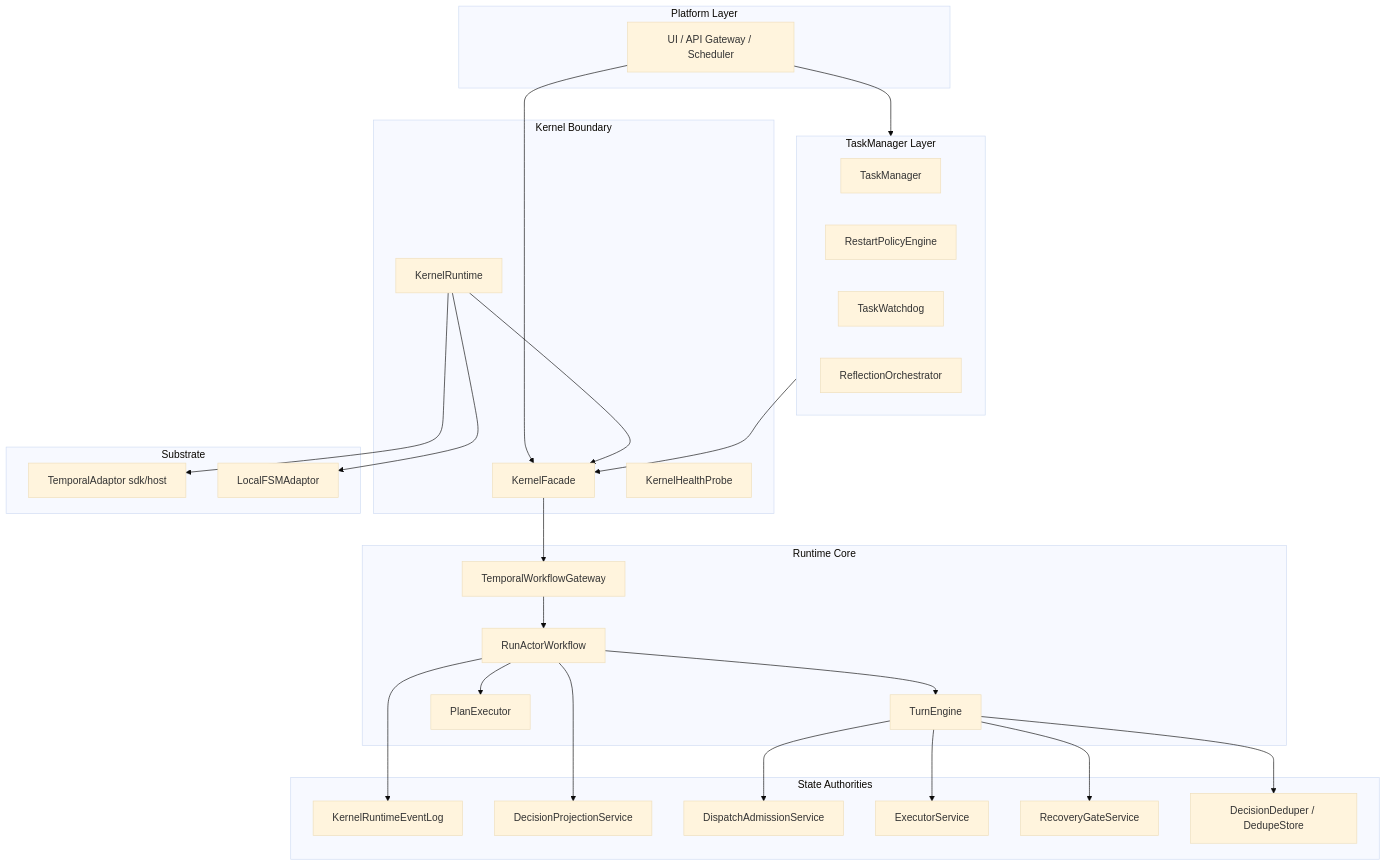
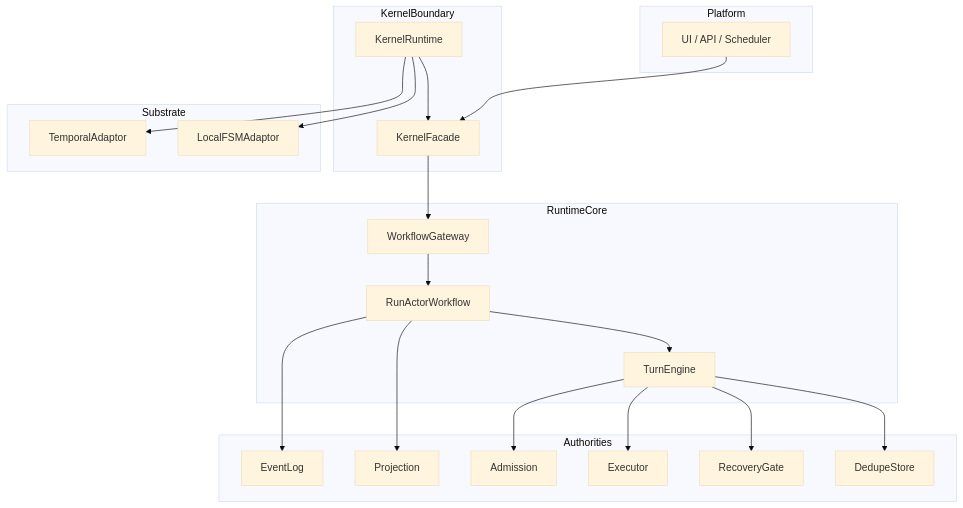
One commit to chaosxingxc-orion/agent-kernel changed the first of 2 diagrams in ARCHITECTURE.md. Above: the diagram before and after it, drawn with Mermaid (base theme). The commit also changed other lines of this file and 25 other files, not shown here.

First line of the commit message:
fix: close final architecture gaps — config wiring, metrics hook, trace merge, DTO purity

````diff
--- a/ARCHITECTURE.md
+++ b/ARCHITECTURE.md
@@ -58,57 +13,45 @@
 ```mermaid
 graph TB
-    subgraph P[Platform Layer]
-      UI[UI / API Gateway / Scheduler]
-    end
+  subgraph Platform
+    UI[UI / API / Scheduler]
+  end
 
-    subgraph TM[TaskManager Layer]
-      TMGR[TaskManager]
-      TPE[RestartPolicyEngine]
-      TWD[TaskWatchdog]
-      TRO[ReflectionOrchestrator]
-    end
+  subgraph KernelBoundary
+    KR[KernelRuntime]
+    KF[KernelFacade]
+  end
 
-    subgraph K[Kernel Boundary]
-      KR[KernelRuntime]
-      KF[KernelFacade]
-      HP[KernelHealthProbe]
-    end
+  subgraph RuntimeCore
+    GW[WorkflowGateway]
+    RA[RunActorWorkflow]
+    TE[TurnEngine]
+  end
 
-    subgraph C[Runtime Core]
-      GW[TemporalWorkflowGateway]
-      RA[RunActorWorkflow]
-      TE[TurnEngine]
-      PE[PlanExecutor]
-    end
+  subgraph Authorities
+    EL[EventLog]
+    PJ[Projection]
+    AD[Admission]
+    EX[Executor]
+    RG[RecoveryGate]
+    DD[DedupeStore]
+  end
 
-    subgraph A[State Authorities]
-      EL[KernelRuntimeEventLog]
-      PJ[DecisionProjectionService]
-      AD[DispatchAdmissionService]
-      EX[ExecutorService]
-      RC[RecoveryGateService]
-      DD[DecisionDeduper / DedupeStore]
-    end
+  subgraph Substrate
+    TP[TemporalAdaptor]
+    LF[LocalFSMAdaptor]
+  end
 
-    subgraph S[Substrate]
-      TA[TemporalAdaptor sdk/host]
-      LA[LocalFSMAdaptor]
-    end
-
-    UI --> TM
-    UI --> KF
-    TM --> KF
-    KR --> KF
-    KR --> TA
-    KR --> LA
-    KF --> GW
-    GW --> RA
-    RA --> TE
-    RA --> PE
-    RA --> EL
-    RA --> PJ
-    TE --> AD
-    TE --> EX
-    TE --> RC
-    TE --> DD
+  UI --> KF
+  KR --> KF
+  KF --> GW
+  GW --> RA
+  RA --> EL
+  RA --> PJ
+  RA --> TE
+  TE --> AD
+  TE --> EX
+  TE --> RG
+  TE --> DD
+  KR --> TP
+  KR --> LF
 ```
````
